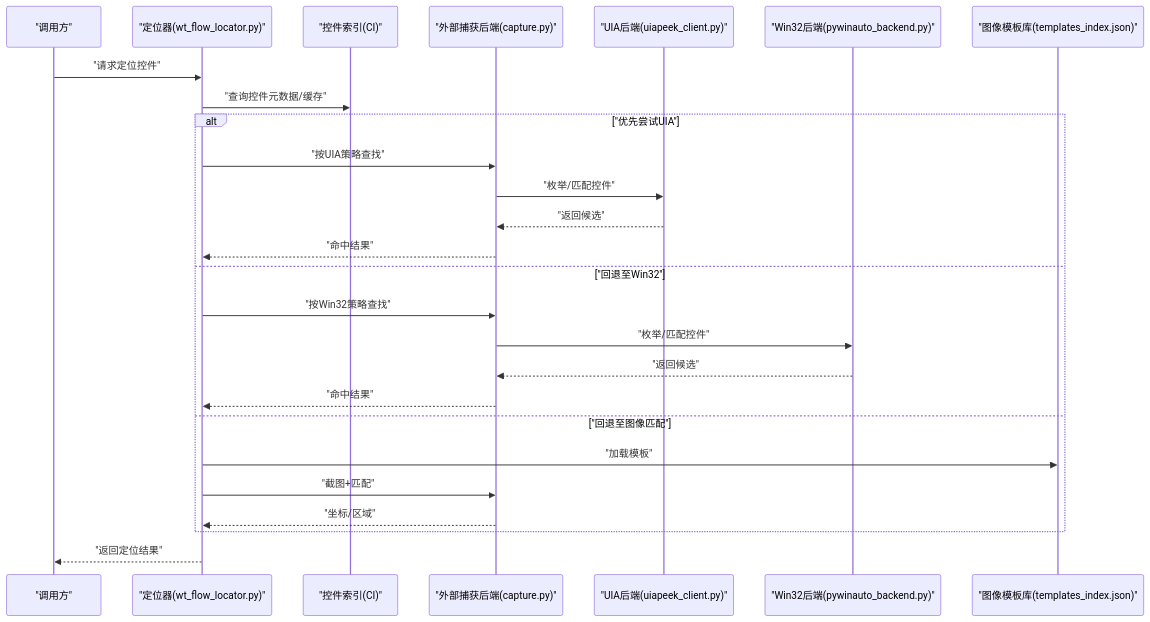
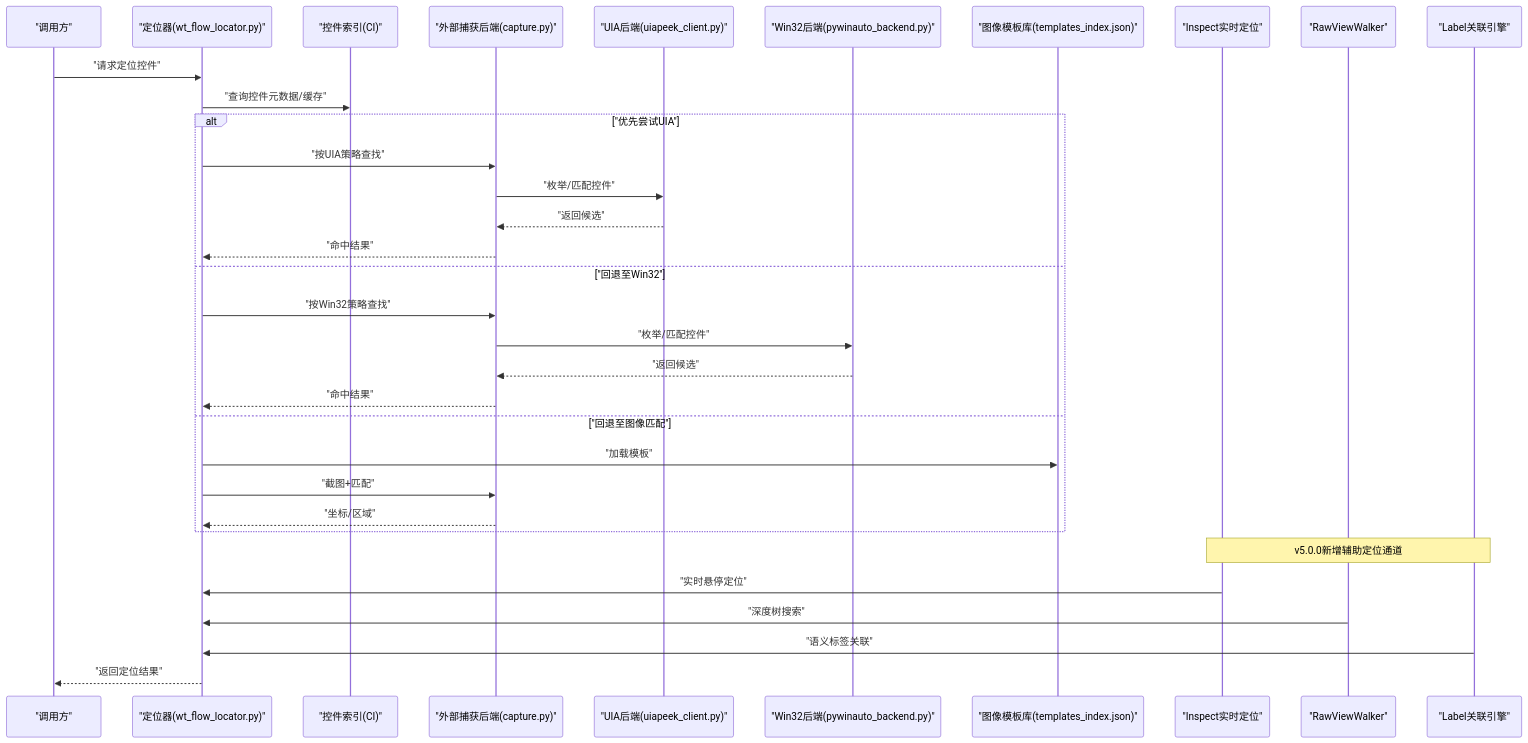
Before and after one commit to hanago33/WT_Automation: the second of 3 diagrams in .qoder/repowiki/zh/content/核心概念/控件定位策略/控件定位策略.md, drawn with Mermaid. The commit also changed other lines of this file and 247 other files, not shown here.

````diff
--- a/.qoder/repowiki/zh/content/核心概念/控件定位策略/控件定位策略.md
+++ b/.qoder/repowiki/zh/content/核心概念/控件定位策略/控件定位策略.md
@@ -121,28 +180,35 @@
 ```mermaid
 sequenceDiagram
 participant Caller as "调用方"
 participant Locator as "定位器(wt_flow_locator.py)"
 participant Index as "控件索引(CI)"
 participant Backend as "外部捕获后端(capture.py)"
 participant UIA as "UIA后端(uiapeek_client.py)"
 participant Win32 as "Win32后端(pywinauto_backend.py)"
 participant ImgLib as "图像模板库(templates_index.json)"
+participant Inspector as "Inspect实时定位"
+participant RawWalker as "RawViewWalker"
+participant LabelRel as "Label关联引擎"
 Caller->>Locator : "请求定位控件"
 Locator->>Index : "查询控件元数据/缓存"
 alt "优先尝试UIA"
 Locator->>Backend : "按UIA策略查找"
 Backend->>UIA : "枚举/匹配控件"
 UIA-->>Backend : "返回候选"
 Backend-->>Locator : "命中结果"
 else "回退至Win32"
 Locator->>Backend : "按Win32策略查找"
 Backend->>Win32 : "枚举/匹配控件"
 Win32-->>Backend : "返回候选"
 Backend-->>Locator : "命中结果"
 else "回退至图像匹配"
 Locator->>ImgLib : "加载模板"
 Locator->>Backend : "截图+匹配"
 Backend-->>Locator : "坐标/区域"
 end
+Note over Inspector,LabelRel : v5.0.0新增辅助定位通道
+Inspector->>Locator : "实时悬停定位"
+RawWalker->>Locator : "深度树搜索"
+LabelRel->>Locator : "语义标签关联"
 Locator-->>Caller : "返回定位结果"
 ```
````
